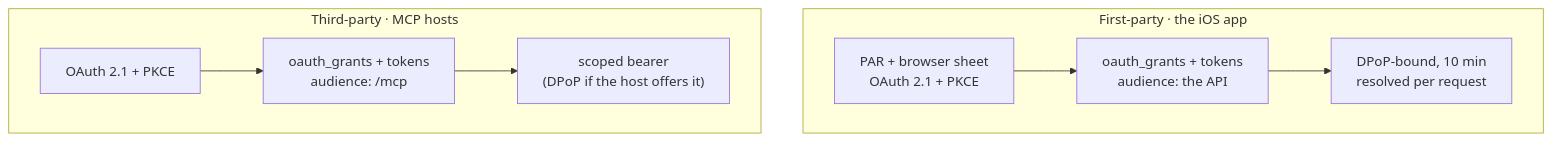
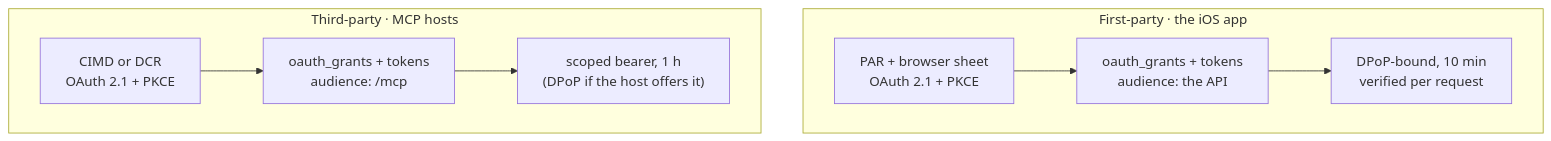
Before and after one commit to ksypinro/MCP-UI: the fourth of 7 diagrams in docs/architecture.md, drawn with Mermaid. The commit also changed other lines of this file and 182 other files, not shown here.

````diff
--- a/docs/architecture.md
+++ b/docs/architecture.md
@@ -199,13 +223,13 @@
 ```mermaid
 graph TB
     subgraph fp [First-party · the iOS app]
         direction LR
         f1["PAR + browser sheet<br/>OAuth 2.1 + PKCE"] --> f2["oauth_grants + tokens<br/>audience: the API"]
-        f2 --> f3["DPoP-bound, 10 min<br/>resolved per request"]
+        f2 --> f3["DPoP-bound, 10 min<br/>verified per request"]
     end
     subgraph tp [Third-party · MCP hosts]
         direction LR
-        t1["OAuth 2.1 + PKCE"] --> t2["oauth_grants + tokens<br/>audience: /mcp"]
-        t2 --> t3["scoped bearer<br/>(DPoP if the host offers it)"]
+        t1["CIMD or DCR<br/>OAuth 2.1 + PKCE"] --> t2["oauth_grants + tokens<br/>audience: /mcp"]
+        t2 --> t3["scoped bearer, 1 h<br/>(DPoP if the host offers it)"]
     end
 ```
````
